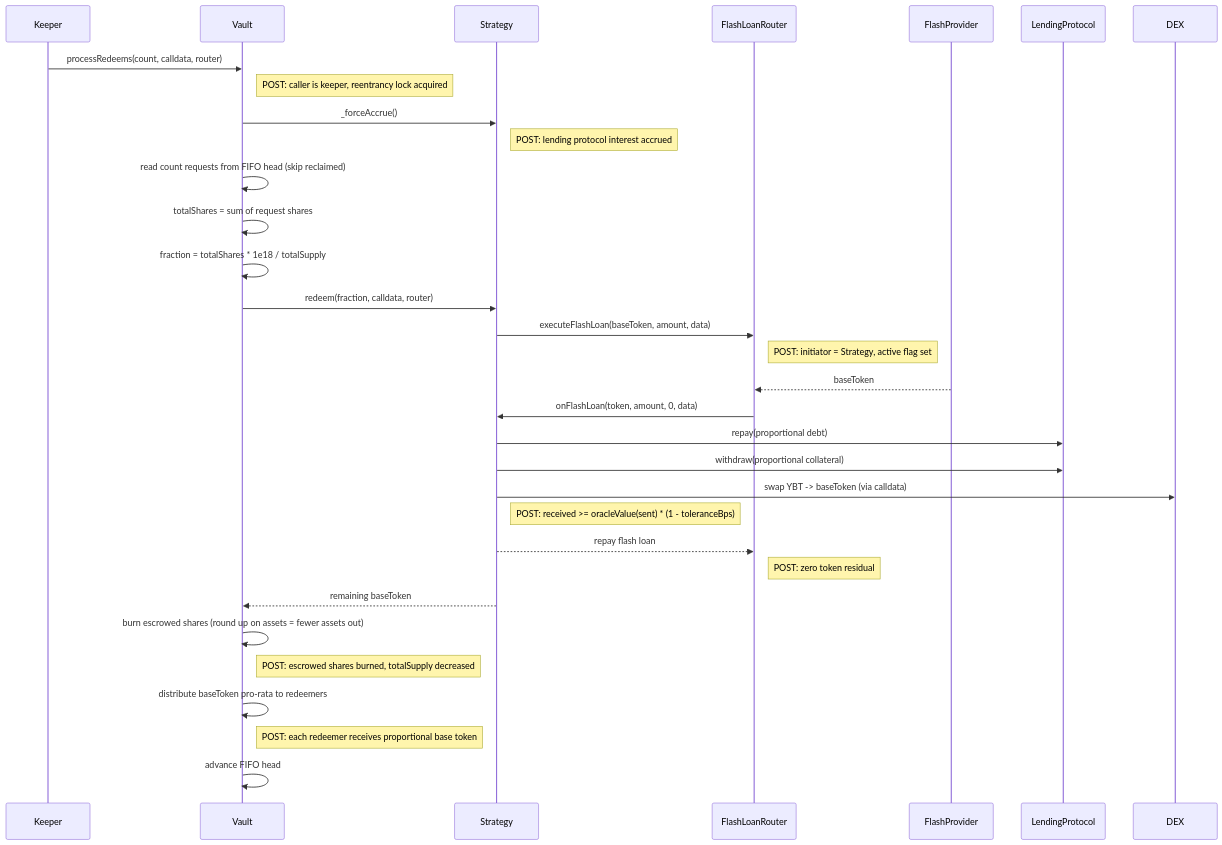
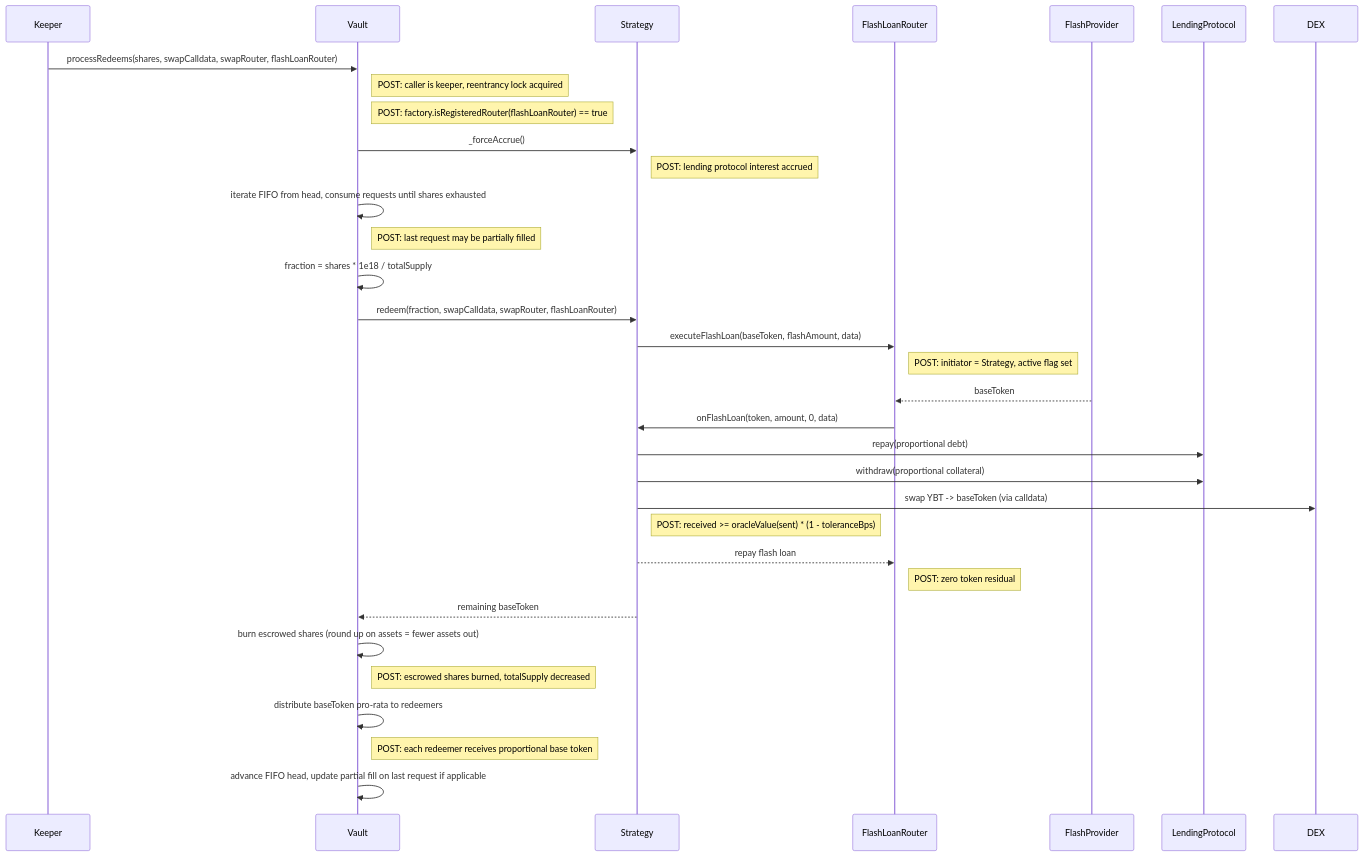
One commit to evgenynacu/leverage-vaults changed the sixth of 20 diagrams in docs/architecture/call-diagrams.md. Above: the diagram before and after it, drawn with Mermaid. The commit also changed other lines of this file and 25 other files, not shown here.

````diff
--- a/docs/architecture/call-diagrams.md
+++ b/docs/architecture/call-diagrams.md
@@ -79,27 +97,28 @@
 ```mermaid
 sequenceDiagram
-    Keeper->>Vault: processRedeems(count, calldata, router)
+    Keeper->>Vault: processRedeems(shares, swapCalldata, swapRouter, flashLoanRouter)
     note right of Vault: POST: caller is keeper, reentrancy lock acquired
+    note right of Vault: POST: factory.isRegisteredRouter(flashLoanRouter) == true
     Vault->>Strategy: _forceAccrue()
     note right of Strategy: POST: lending protocol interest accrued
-    Vault->>Vault: read count requests from FIFO head (skip reclaimed)
-    Vault->>Vault: totalShares = sum of request shares
-    Vault->>Vault: fraction = totalShares * 1e18 / totalSupply
-    Vault->>Strategy: redeem(fraction, calldata, router)
-    Strategy->>FlashLoanRouter: executeFlashLoan(baseToken, amount, data)
+    Vault->>Vault: iterate FIFO from head, consume requests until shares exhausted
+    note right of Vault: POST: last request may be partially filled
+    Vault->>Vault: fraction = shares * 1e18 / totalSupply
+    Vault->>Strategy: redeem(fraction, swapCalldata, swapRouter, flashLoanRouter)
+    Strategy->>FlashLoanRouter: executeFlashLoan(baseToken, flashAmount, data)
     note right of FlashLoanRouter: POST: initiator = Strategy, active flag set
     FlashProvider-->>FlashLoanRouter: baseToken
     FlashLoanRouter->>Strategy: onFlashLoan(token, amount, 0, data)
     Strategy->>LendingProtocol: repay(proportional debt)
     Strategy->>LendingProtocol: withdraw(proportional collateral)
     Strategy->>DEX: swap YBT -> baseToken (via calldata)
     note right of Strategy: POST: received >= oracleValue(sent) * (1 - toleranceBps)
     Strategy-->>FlashLoanRouter: repay flash loan
     note right of FlashLoanRouter: POST: zero token residual
     Strategy-->>Vault: remaining baseToken
     Vault->>Vault: burn escrowed shares (round up on assets = fewer assets out)
     note right of Vault: POST: escrowed shares burned, totalSupply decreased
     Vault->>Vault: distribute baseToken pro-rata to redeemers
     note right of Vault: POST: each redeemer receives proportional base token
-    Vault->>Vault: advance FIFO head
+    Vault->>Vault: advance FIFO head, update partial fill on last request if applicable
 ```
````
